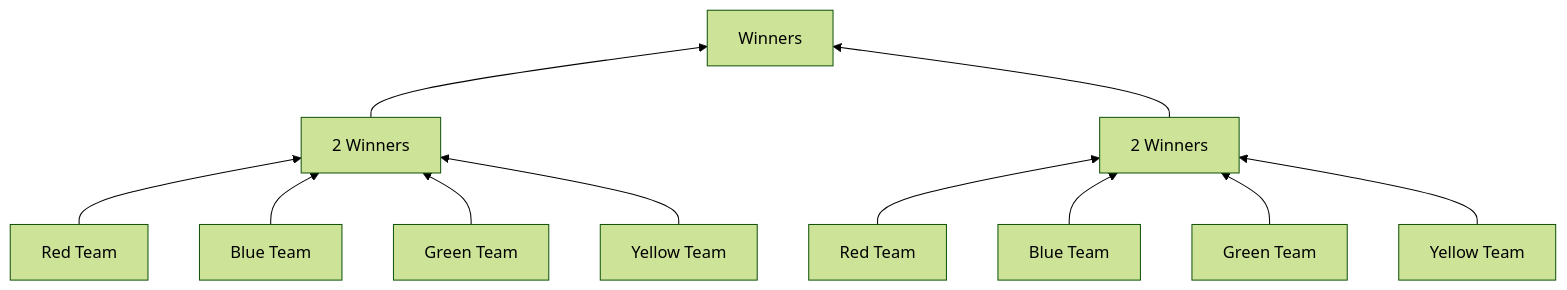
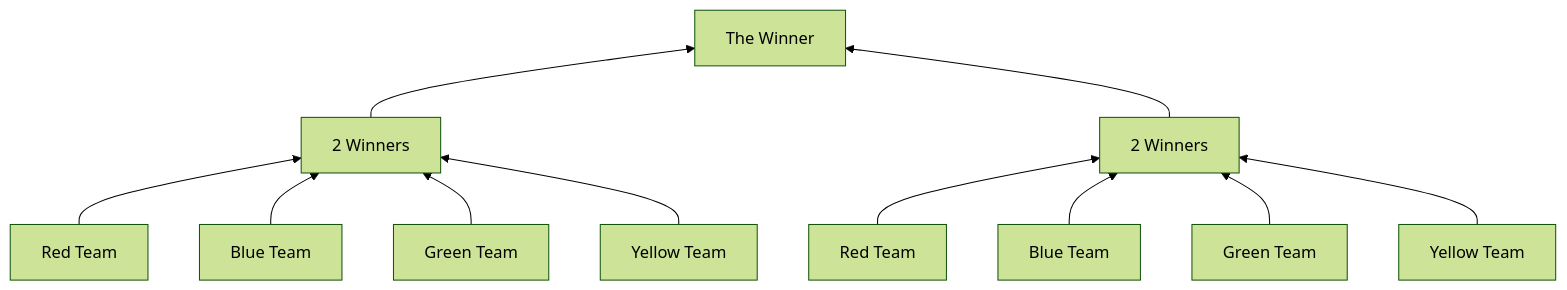
The diagram in concept.md (CrashmanYT/darsasystem-maven), drawn with Mermaid (forest theme) before and after one commit.

````diff
--- a/concept.md
+++ b/concept.md
@@ -3,11 +3,11 @@
 ```mermaid
 graph BT
-    A[Red Team] --> J[2 Winners] --> Final[Winners]
+    A[Red Team] --> J[2 Winners] --> Final[The Winner]
     B[Blue Team]  --> J
     C[Green Team] --> J
     D[Yellow Team] --> J
     E[Red Team] --> K[2 Winners] --> Final
     F[Blue Team] --> K
     G[Green Team] --> K
     H[Yellow Team] --> K
 ```
````
